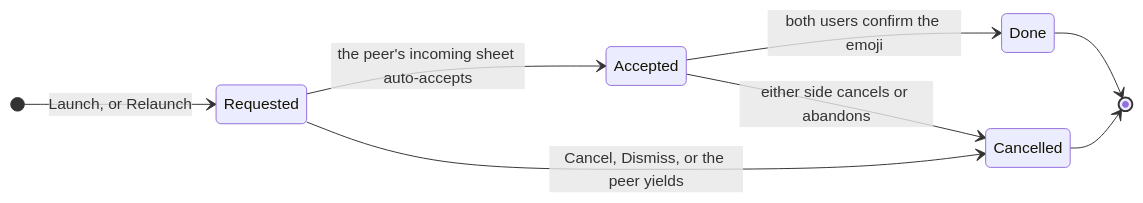
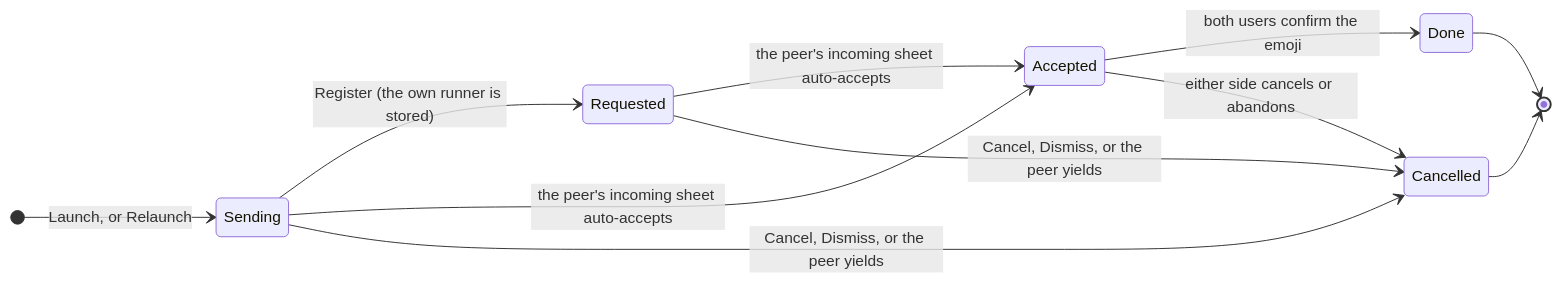
One commit to matthiasn/lotti changed the second of 2 diagrams in specs/tla/README.md. Above: the diagram before and after it, drawn with Mermaid. The commit also changed other lines of this file and 49 other files, not shown here.

````diff
--- a/specs/tla/README.md
+++ b/specs/tla/README.md
@@ -4558,11 +4567,14 @@
 ```mermaid
 stateDiagram-v2
   direction LR
-  [*] --> Requested: Launch, or Relaunch
+  [*] --> Sending: Launch, or Relaunch
+  Sending --> Requested: Register (the own runner is stored)
+  Sending --> Accepted: the peer's incoming sheet auto-accepts
+  Sending --> Cancelled: Cancel, Dismiss, or the peer yields
   Requested --> Accepted: the peer's incoming sheet auto-accepts
   Requested --> Cancelled: Cancel, Dismiss, or the peer yields
   Accepted --> Done: both users confirm the emoji
   Accepted --> Cancelled: either side cancels or abandons
   Done --> [*]
   Cancelled --> [*]
 ```
````
